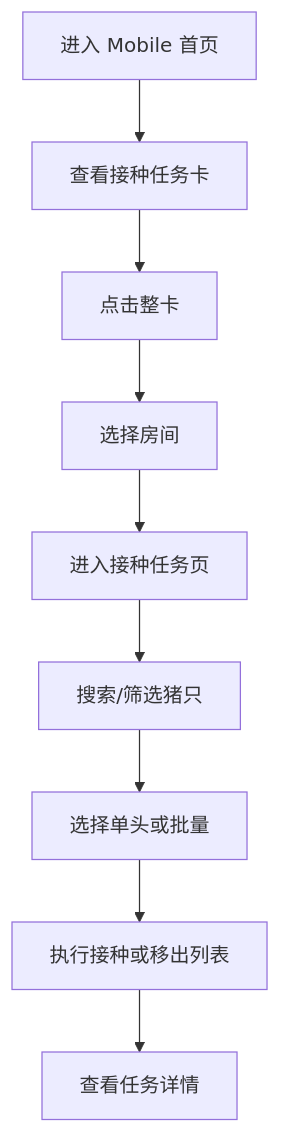
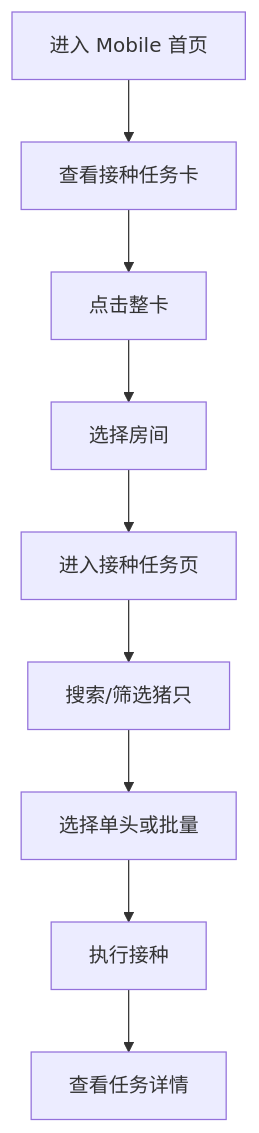
The second of 2 diagrams in prds/vaccine prd/05-Mobile接种任务.md (91Dhua/Vaccine), drawn with Mermaid before and after one commit. The commit also changed other lines of this file and 14 other files, not shown here.

Commit message:
polish vaccine task and review flows

````diff
--- a/prds/vaccine prd/05-Mobile接种任务.md
+++ b/prds/vaccine prd/05-Mobile接种任务.md
@@ -44,11 +44,11 @@
 ```mermaid
 flowchart TD
   A[进入 Mobile 首页] --> B[查看接种任务卡]
   B --> C[点击整卡]
   C --> D[选择房间]
   D --> E[进入接种任务页]
   E --> F[搜索/筛选猪只]
   F --> G[选择单头或批量]
-  G --> H[执行接种或移出列表]
+  G --> H[执行接种]
   H --> I[查看任务详情]
 ```
````
